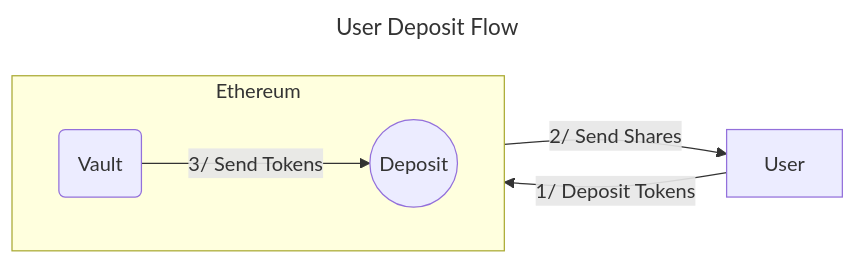
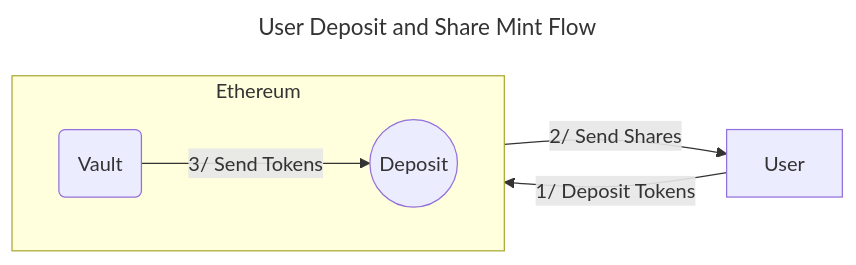
The third of 6 diagrams in docs/src/examples/crosschain_vaults.md (timewave-computer/valence-protocol), drawn with Mermaid before and after one commit. The commit also changed other lines of this file, not shown here.

````diff
--- a/docs/src/examples/crosschain_vaults.md
+++ b/docs/src/examples/crosschain_vaults.md
@@ -85,16 +104,16 @@
 ```mermaid 
 ---
-title: User Deposit Flow
+title: User Deposit and Share Mint Flow
 ---
 graph LR
 	User
 	subgraph Ethereum
 		direction LR
 		EV(Vault)
 		ED((Deposit))
 	end
 	
 	User -- 1/ Deposit Tokens --> EV
 	EV -- 2/ Send Shares --> User
 	EV -- 3/ Send Tokens --> ED
 ```
````
